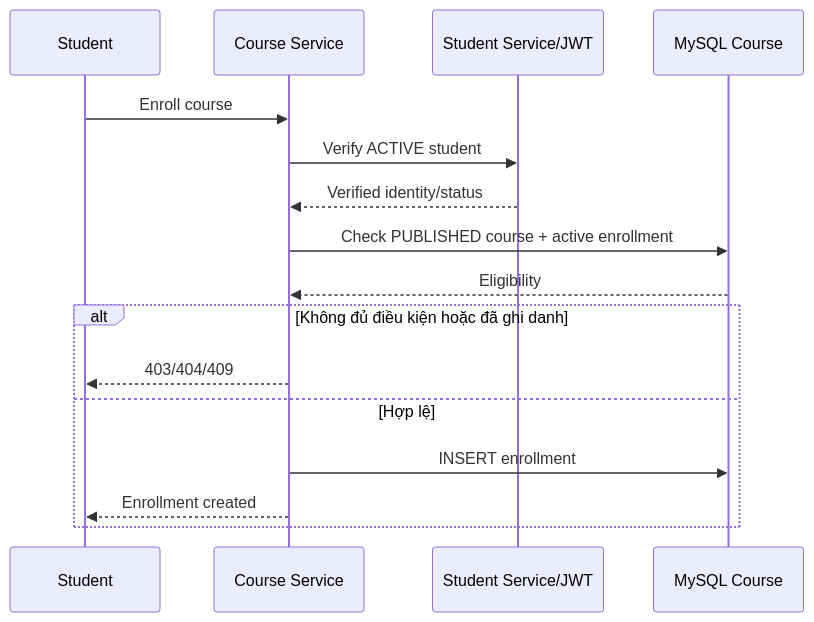
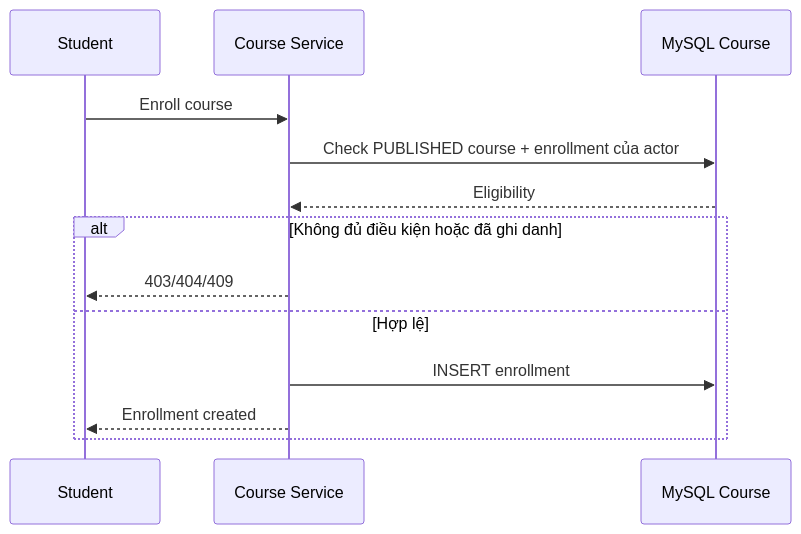
Before and after one commit to Minhduc7904/MiniProjectTrainingKaopiz: the first of 2 diagrams in ducnm3/docs/business-flows/course-learning/enrollment-and-learning-progress.md, drawn with Mermaid. The commit also changed other lines of this file and 52 other files, not shown here.

First line of the commit message:
feat: add student course management features

````diff
--- a/ducnm3/docs/business-flows/course-learning/enrollment-and-learning-progress.md
+++ b/ducnm3/docs/business-flows/course-learning/enrollment-and-learning-progress.md
@@ -20,19 +20,16 @@
 ```mermaid
 sequenceDiagram
     participant Student
     participant Course as Course Service
-    participant StudentSvc as Student Service/JWT
     participant DB as MySQL Course
 
     Student->>Course: Enroll course
-    Course->>StudentSvc: Verify ACTIVE student
-    StudentSvc-->>Course: Verified identity/status
-    Course->>DB: Check PUBLISHED course + active enrollment
+    Course->>DB: Check PUBLISHED course + enrollment của actor
     DB-->>Course: Eligibility
     alt Không đủ điều kiện hoặc đã ghi danh
         Course-->>Student: 403/404/409
     else Hợp lệ
         Course->>DB: INSERT enrollment
         Course-->>Student: Enrollment created
     end
 ```
````
